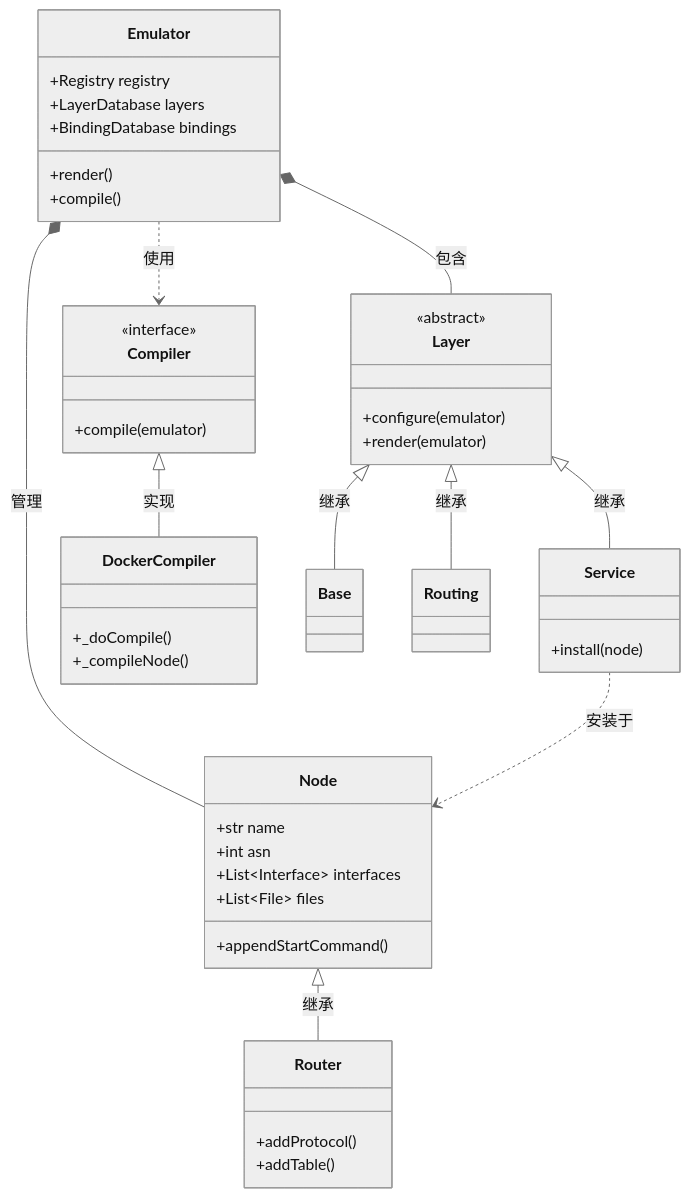
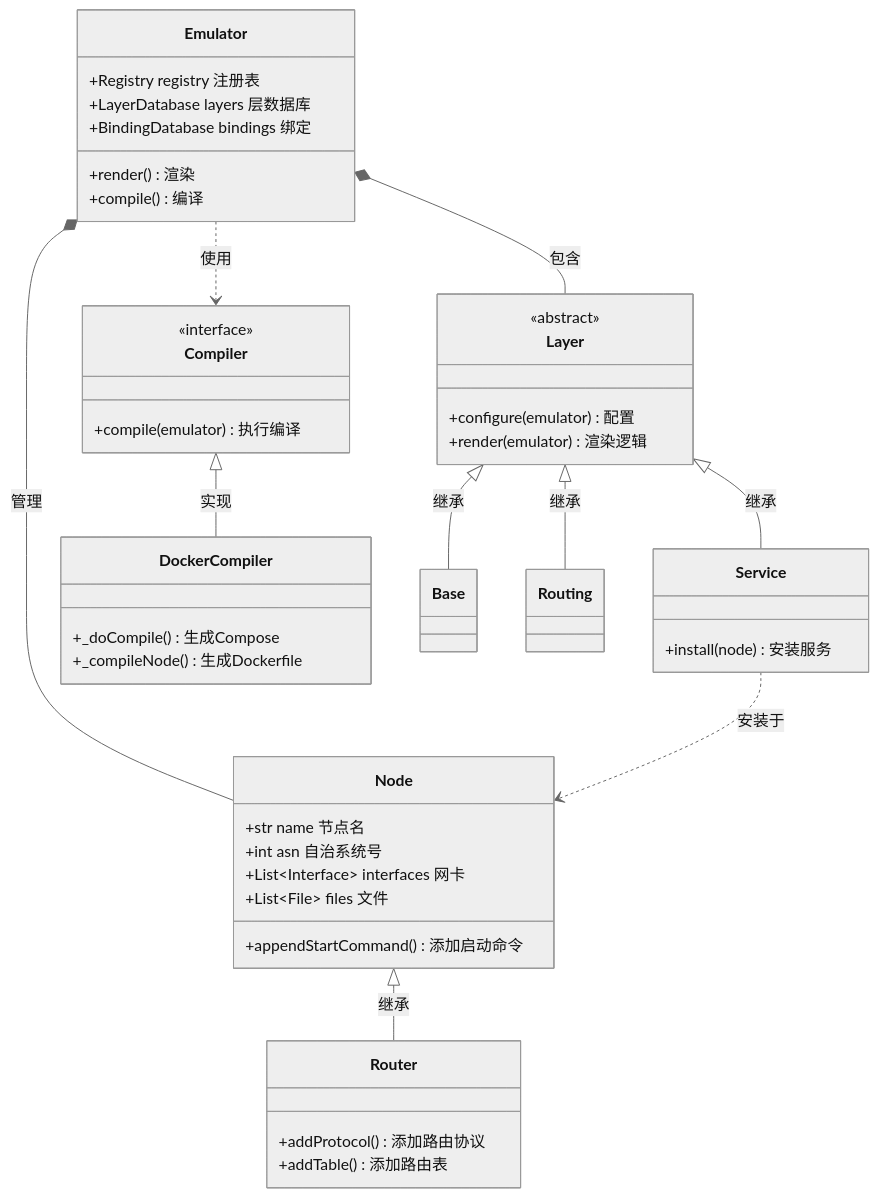
One commit to Anchorite-no/seed-emulator changed the second of 3 diagrams in SEED_EMULATOR_DEEP_DIVE.md. Above: the diagram before and after it, drawn with Mermaid (neutral theme). The commit also changed other lines of this file, not shown here.

First line of the commit message:
Update SEED Emulator Whitepaper with deep features and localized diagrams

````diff
--- a/SEED_EMULATOR_DEEP_DIVE.md
+++ b/SEED_EMULATOR_DEEP_DIVE.md
@@ -79,53 +79,53 @@
 ```mermaid
 classDiagram
     class Emulator {
-        +Registry registry
-        +LayerDatabase layers
-        +BindingDatabase bindings
-        +render()
-        +compile()
+        +Registry registry 注册表
+        +LayerDatabase layers 层数据库
+        +BindingDatabase bindings 绑定
+        +render() 渲染
+        +compile() 编译
     }
 
     class Layer {
         <<abstract>>
-        +configure(emulator)
-        +render(emulator)
+        +configure(emulator) 配置
+        +render(emulator) 渲染逻辑
     }
 
     class Service {
-        +install(node)
+        +install(node) 安装服务
     }
 
     class Node {
-        +str name
-        +int asn
-        +List~Interface~ interfaces
-        +List~File~ files
-        +appendStartCommand()
+        +str name 节点名
+        +int asn 自治系统号
+        +List~Interface~ interfaces 网卡
+        +List~File~ files 文件
+        +appendStartCommand() 添加启动命令
     }
 
     class Router {
-        +addProtocol()
-        +addTable()
+        +addProtocol() 添加路由协议
+        +addTable() 添加路由表
     }
 
     class Compiler {
         <<interface>>
-        +compile(emulator)
+        +compile(emulator) 执行编译
     }
 
     class DockerCompiler {
-        +_doCompile()
-        +_compileNode()
+        +_doCompile() 生成Compose
+        +_compileNode() 生成Dockerfile
     }
 
     Emulator *-- Layer : 包含
     Emulator *-- Node : 管理
     Layer <|-- Service : 继承
     Layer <|-- Base : 继承
     Layer <|-- Routing : 继承
     Node <|-- Router : 继承
     Service ..> Node : 安装于
     Emulator ..> Compiler : 使用
     Compiler <|-- DockerCompiler : 实现
 ```
````
